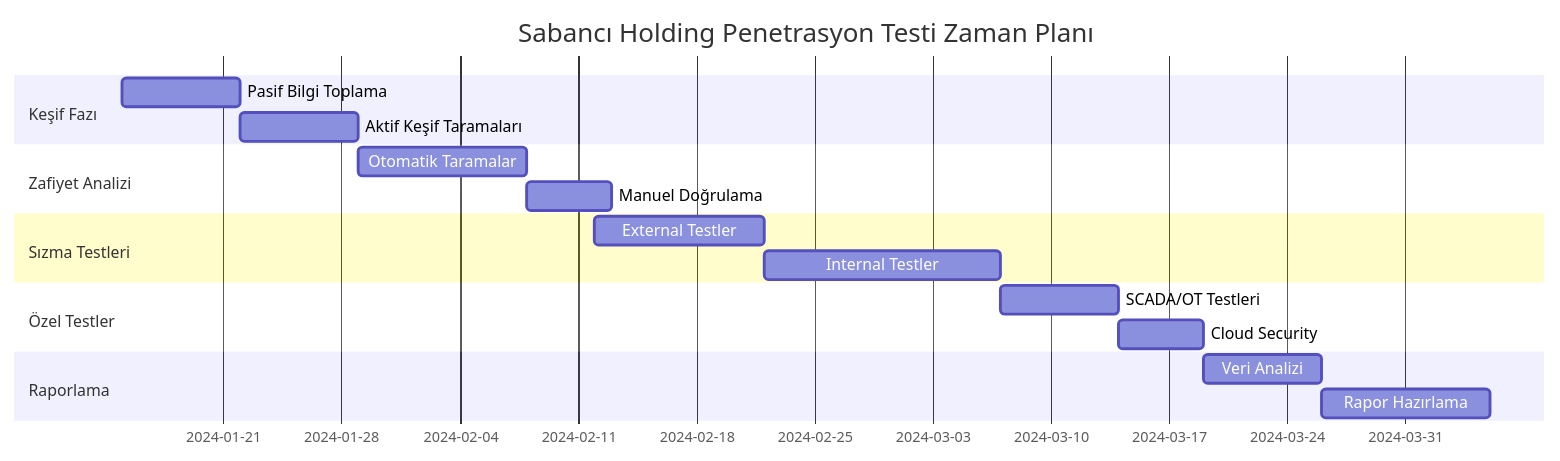
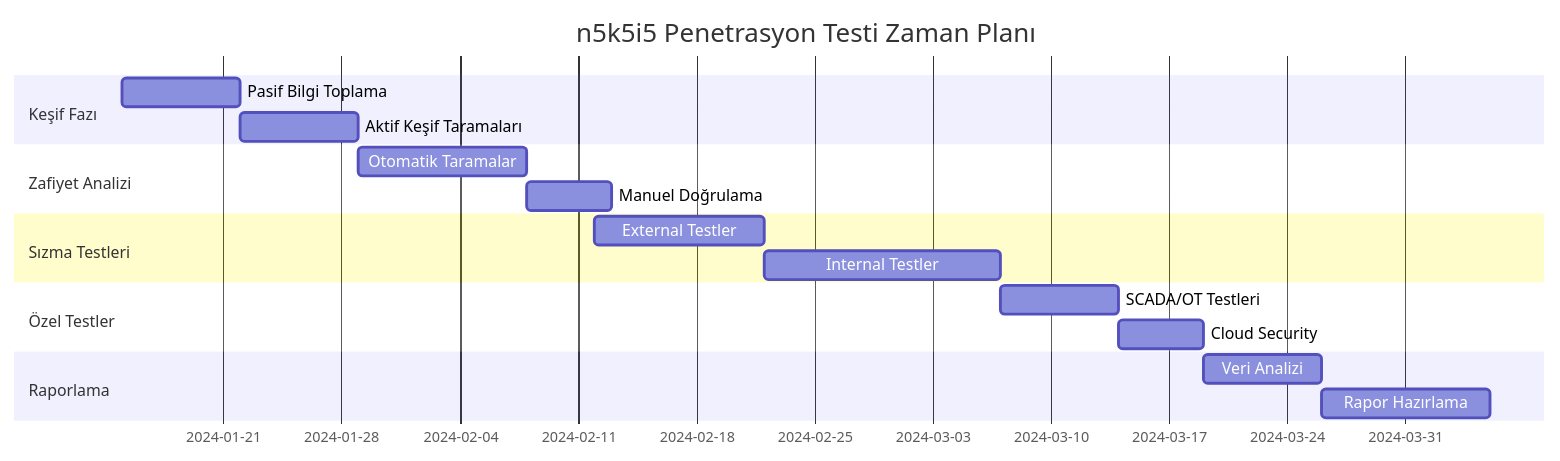
One commit to n5k5i5/OTGuard-MVP-v1.0 changed the diagram in docs/projects/SH-PT-2024-Q1/plan.md. Above: the diagram before and after it, drawn with Mermaid. The commit also changed other lines of this file, not shown here.

````diff
--- a/docs/projects/SH-PT-2024-Q1/plan.md
+++ b/docs/projects/SH-PT-2024-Q1/plan.md
@@ -252,20 +252,20 @@
 ```mermaid
 gantt
-    title Sabancı Holding Penetrasyon Testi Zaman Planı
+    title n5k5i5 Penetrasyon Testi Zaman Planı
     dateFormat  YYYY-MM-DD
     section Keşif Fazı
     Pasif Bilgi Toplama     :2024-01-15, 7d
     Aktif Keşif Taramaları  :2024-01-22, 7d
     section Zafiyet Analizi
     Otomatik Taramalar      :2024-01-29, 10d
     Manuel Doğrulama        :2024-02-08, 5d
     section Sızma Testleri
     External Testler        :2024-02-12, 10d
     Internal Testler        :2024-02-22, 14d
     section Özel Testler
     SCADA/OT Testleri       :2024-03-07, 7d
     Cloud Security          :2024-03-14, 5d
     section Raporlama
     Veri Analizi            :2024-03-19, 7d
     Rapor Hazırlama         :2024-03-26, 10d
 ```
````
